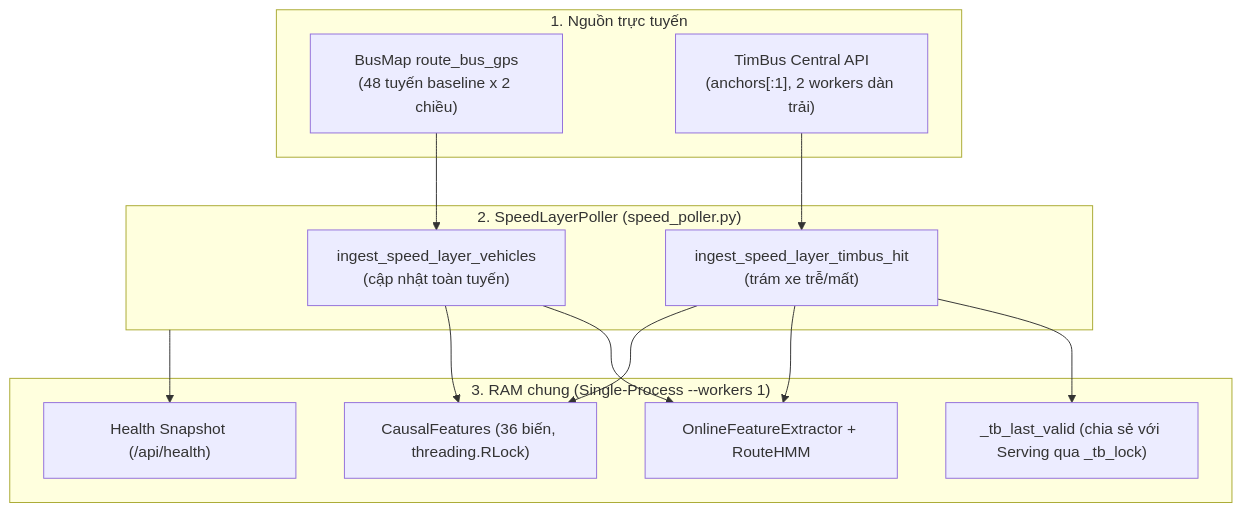
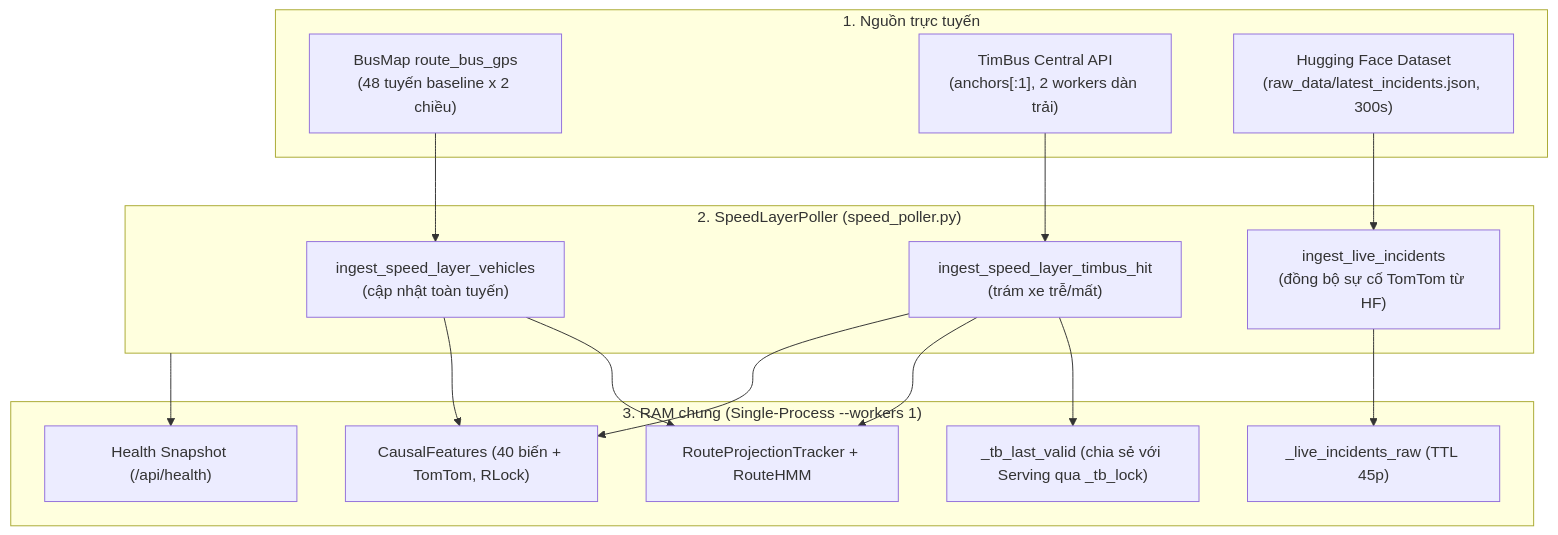
Before and after one commit to toibinguz/Bus_tracking: the first of 2 diagrams in docs/SPEED_LAYER_PIPELINE.md, drawn with Mermaid. The commit also changed other lines of this file and 12 other files, not shown here.

````diff
--- a/docs/SPEED_LAYER_PIPELINE.md
+++ b/docs/SPEED_LAYER_PIPELINE.md
@@ -9,23 +9,27 @@
 ```mermaid
 flowchart TD
     subgraph UP["1. Nguồn trực tuyến"]
         BM["BusMap route_bus_gps\n(48 tuyến baseline x 2 chiều)"]
         TB["TimBus Central API\n(anchors[:1], 2 workers dàn trải)"]
+        HF["Hugging Face Dataset\n(raw_data/latest_incidents.json, 300s)"]
     end
 
     subgraph POLLER["2. SpeedLayerPoller (speed_poller.py)"]
         P1["ingest_speed_layer_vehicles\n(cập nhật toàn tuyến)"]
         P2["ingest_speed_layer_timbus_hit\n(trám xe trễ/mất)"]
+        P3["ingest_live_incidents\n(đồng bộ sự cố TomTom từ HF)"]
     end
 
     subgraph RAM["3. RAM chung (Single-Process --workers 1)"]
-        EXT["OnlineFeatureExtractor + RouteHMM"]
-        CF["CausalFeatures (36 biến, threading.RLock)"]
+        EXT["RouteProjectionTracker + RouteHMM"]
+        CF["CausalFeatures (40 biến + TomTom, RLock)"]
+        INC["_live_incidents_raw (TTL 45p)"]
         TBV["_tb_last_valid (chia sẻ với Serving qua _tb_lock)"]
         HL["Health Snapshot (/api/health)"]
     end
 
     BM --> P1 --> EXT & CF
     TB --> P2 --> TBV & EXT & CF
+    HF --> P3 --> INC
     POLLER --> HL
 ```
````
